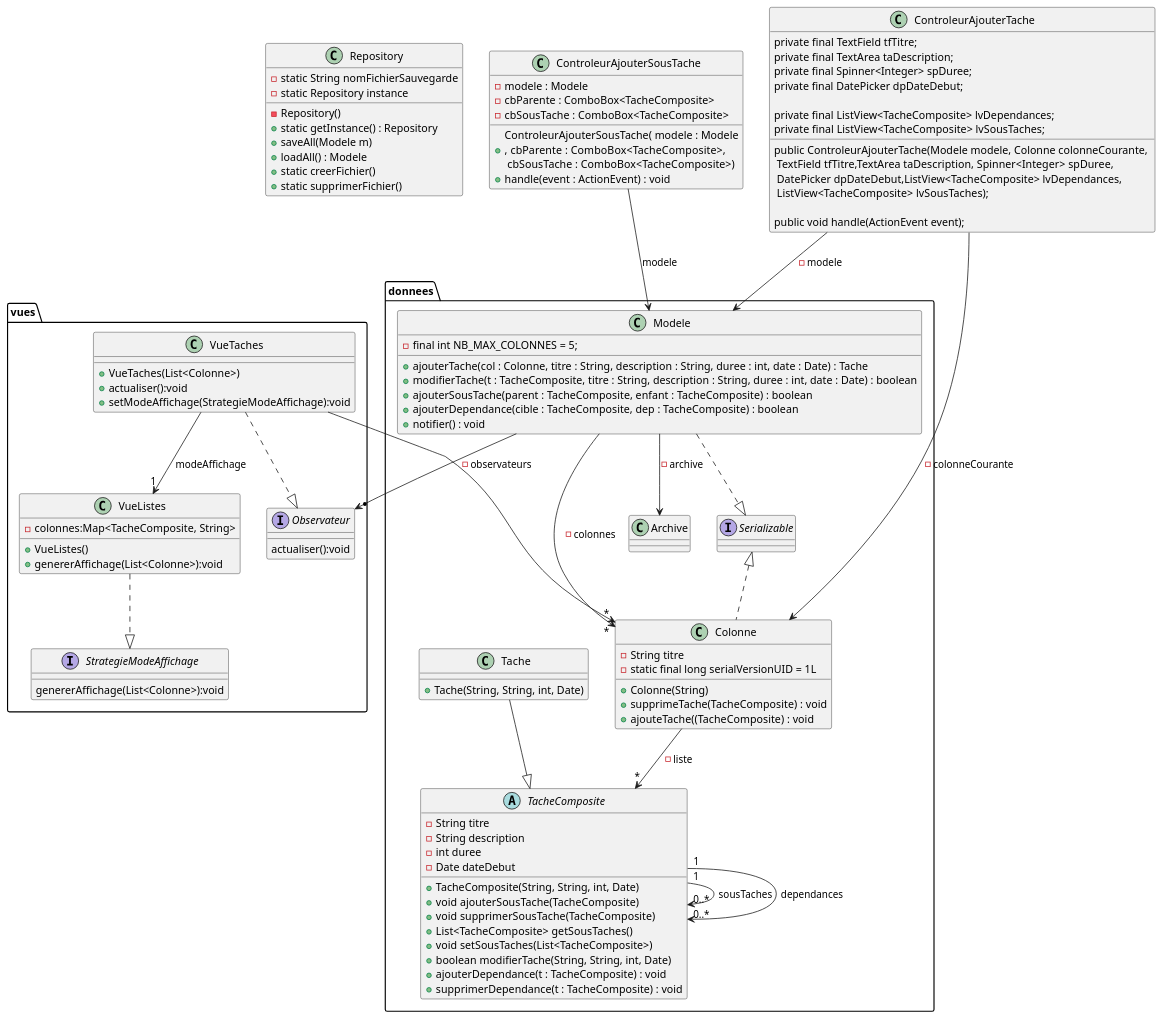
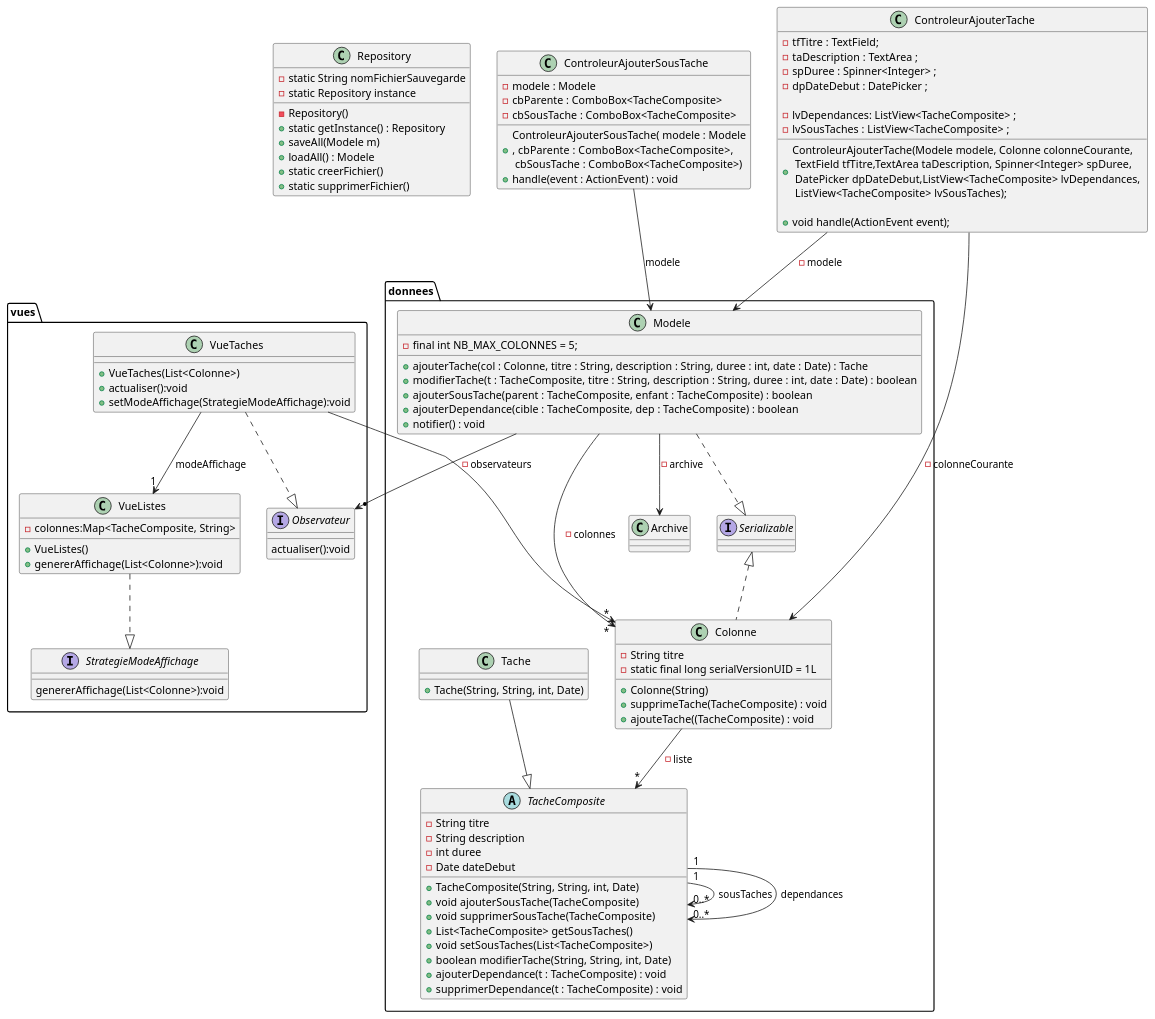
One commit to AlexanderCARNET/SAE_3_01_dev_application changed the diagram in Ollert_QDEV/diagrammes/iteration2/DiagrammClasses.puml. Above: the diagram before and after it, drawn with PlantUML.

Commit message:
[Doc] Modification Diagramme de classe

```diff
--- a/Ollert_QDEV/diagrammes/iteration2/DiagrammClasses.puml
+++ b/Ollert_QDEV/diagrammes/iteration2/DiagrammClasses.puml
@@ -1,134 +1,134 @@
 @startuml
 
 package donnees {
 
     class Modele {
             - final int NB_MAX_COLONNES = 5;
 
             + ajouterTache(col : Colonne, titre : String, description : String, duree : int, date : Date) : Tache
             + modifierTache(t : TacheComposite, titre : String, description : String, duree : int, date : Date) : boolean
             + ajouterSousTache(parent : TacheComposite, enfant : TacheComposite) : boolean
             + ajouterDependance(cible : TacheComposite, dep : TacheComposite) : boolean
             + notifier() : void
 
 
         }
         Modele ..|> Serializable
         Modele --> "*" Colonne : - colonnes
 
         Modele --> Archive : - archive
 
     abstract class TacheComposite {
         - String titre
         - String description
         - int duree
         - Date dateDebut
 
         + TacheComposite(String, String, int, Date)
         + void ajouterSousTache(TacheComposite)
         + void supprimerSousTache(TacheComposite)
         + List<TacheComposite> getSousTaches()
         + void setSousTaches(List<TacheComposite>)
         + boolean modifierTache(String, String, int, Date)
 + ajouterDependance(t : TacheComposite) : void
 + supprimerDependance(t : TacheComposite) : void
     }
 
     class Tache {
         + Tache(String, String, int, Date)
     }
 
     Tache --|> TacheComposite
 
     TacheComposite "1" --> "0..*" TacheComposite : sousTaches
         TacheComposite "1" --> "0..*" TacheComposite : dependances
 
 
     interface Serializable
     class Colonne {
     - String titre
     - static final long serialVersionUID = 1L
     + Colonne(String)
     + supprimeTache(TacheComposite) : void
     + ajouteTache((TacheComposite) : void
 
     }
     Colonne -->  "*" TacheComposite : - liste
     Colonne .u.|> Serializable
 }
 
 class Repository{
     - static String nomFichierSauvegarde
     - static Repository instance
     - Repository()
     + static getInstance() : Repository
     + saveAll(Modele m)
     + loadAll() : Modele
     + static creerFichier()
     + static supprimerFichier()
 }
 
 package vues{
     interface StrategieModeAffichage{
         genererAffichage(List<Colonne>):void
     }
 
     interface Observateur{
         actualiser():void
     }
 
     class VueListes{
         - colonnes:Map<TacheComposite, String>
 
         + VueListes()
         + genererAffichage(List<Colonne>):void
     }
 
     class VueTaches{
         + VueTaches(List<Colonne>)
         + actualiser():void
         + setModeAffichage(StrategieModeAffichage):void
     }
 }
 
  class ControleurAjouterTache  {
 
 
-    private final TextField tfTitre;
-    private final TextArea taDescription;
-    private final Spinner<Integer> spDuree;
-    private final DatePicker dpDateDebut;
+    -  tfTitre : TextField;
+    - taDescription : TextArea ;
+    - spDuree : Spinner<Integer> ;
+    - dpDateDebut : DatePicker ;
 
-    private final ListView<TacheComposite> lvDependances;
-    private final ListView<TacheComposite> lvSousTaches;
+    - lvDependances: ListView<TacheComposite> ;
+    - lvSousTaches : ListView<TacheComposite> ;
 
-    public ControleurAjouterTache(Modele modele, Colonne colonneCourante, \n TextField tfTitre,TextArea taDescription, Spinner<Integer> spDuree, \n DatePicker dpDateDebut,ListView<TacheComposite> lvDependances, \n ListView<TacheComposite> lvSousTaches);
+    + ControleurAjouterTache(Modele modele, Colonne colonneCourante, \n TextField tfTitre,TextArea taDescription, Spinner<Integer> spDuree, \n DatePicker dpDateDebut,ListView<TacheComposite> lvDependances, \n ListView<TacheComposite> lvSousTaches);
 
-    public void handle(ActionEvent event);
+    + void handle(ActionEvent event);
 
 }
 
 class ControleurAjouterSousTache{
 - modele : Modele
 - cbParente : ComboBox<TacheComposite>
 - cbSousTache : ComboBox<TacheComposite>
 + ControleurAjouterSousTache( modele : Modele\n,  cbParente : ComboBox<TacheComposite>, \n cbSousTache : ComboBox<TacheComposite>)
 + handle(event : ActionEvent) : void
 }
 
 ControleurAjouterSousTache --> Modele : modele
 
 
 
  ControleurAjouterTache --> Modele : - modele
  ControleurAjouterTache --> Colonne : -colonneCourante
 
 
 VueListes ..|> StrategieModeAffichage
 VueTaches ..|> Observateur
 
 VueTaches --> "1" VueListes:modeAffichage
 VueTaches --> "*" Colonne
 Modele --> "* "Observateur : - observateurs
 
 @enduml
```
